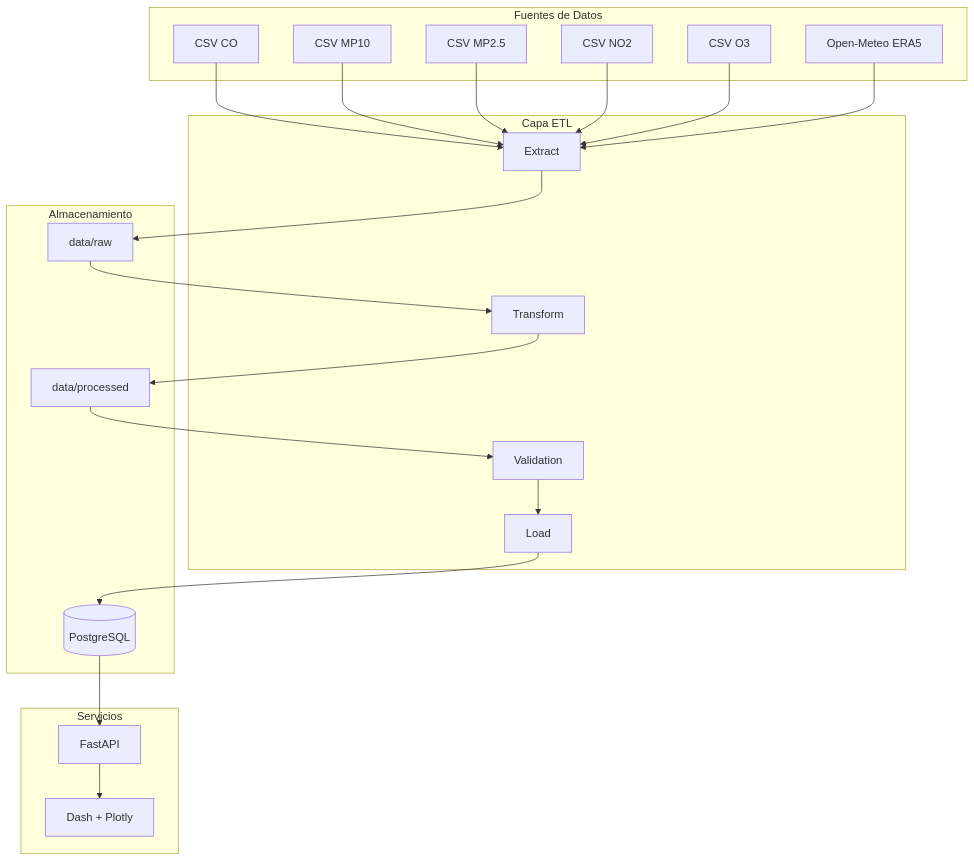
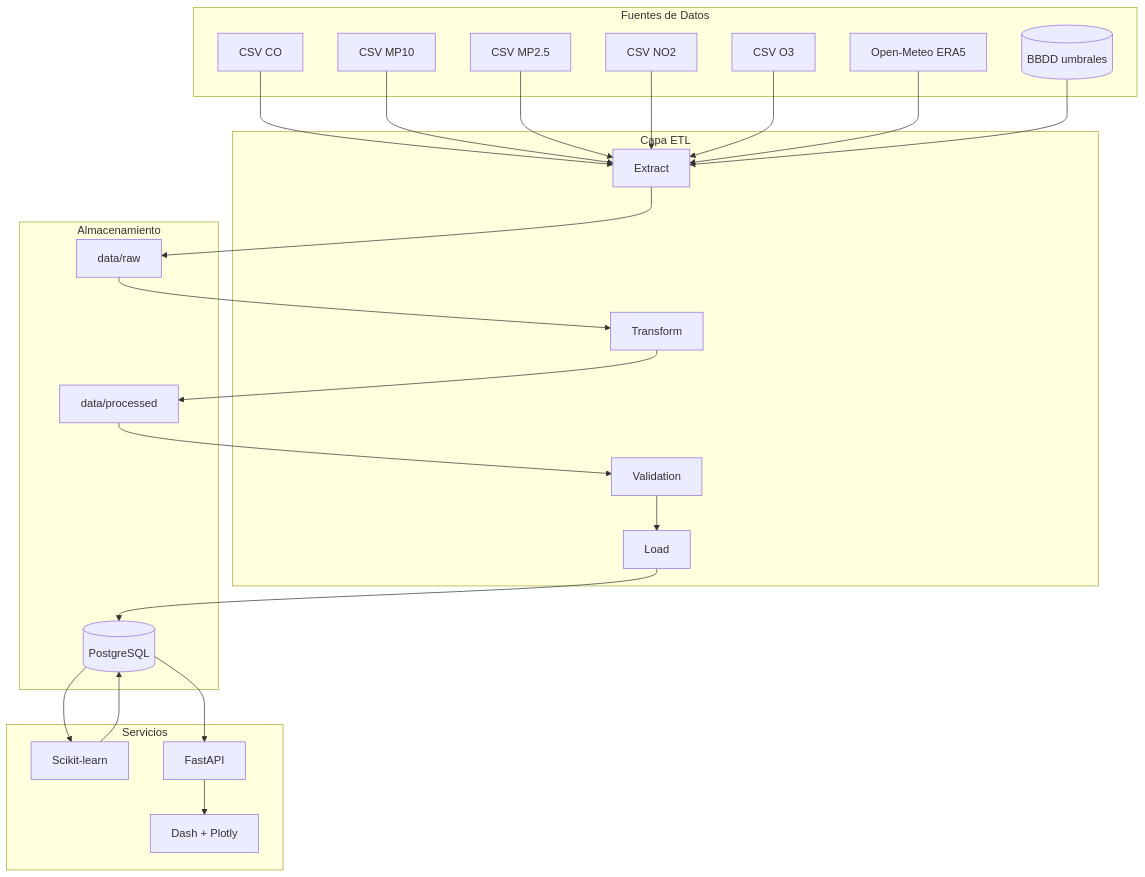
Before and after one commit to javier-tc/Evaluacion3_ProgramacionCD: the diagram in docs/arquitectura.md, drawn with Mermaid. The commit also changed other lines of this file and 38 other files, not shown here.

````diff
--- a/docs/arquitectura.md
+++ b/docs/arquitectura.md
@@ -5,44 +5,49 @@
 ```mermaid
 flowchart TB
     subgraph sources [Fuentes de Datos]
         CSV_CO[CSV CO]
         CSV_MP10[CSV MP10]
         CSV_MP25[CSV MP2.5]
         CSV_NO2[CSV NO2]
         CSV_O3[CSV O3]
         API_OM[Open-Meteo ERA5]
+        DB_REF[(BBDD umbrales)]
     end
 
     subgraph etl_layer [Capa ETL]
         EX[Extract]
         TR[Transform]
         VAL[Validation]
         LD[Load]
     end
 
     subgraph storage [Almacenamiento]
         RAW[data/raw]
         PROC[data/processed]
         PG[(PostgreSQL)]
     end
 
     subgraph services [Servicios]
+        ML[Scikit-learn]
         API[FastAPI]
         DASH[Dash + Plotly]
     end
 
     CSV_CO --> EX
     CSV_MP10 --> EX
     CSV_MP25 --> EX
     CSV_NO2 --> EX
     CSV_O3 --> EX
     API_OM --> EX
+    DB_REF --> EX
     EX --> RAW
     RAW --> TR
     TR --> PROC
     PROC --> VAL
     VAL --> LD
     LD --> PG
+    PG --> ML
+    ML --> PG
     PG --> API
     API --> DASH
 ```
````
